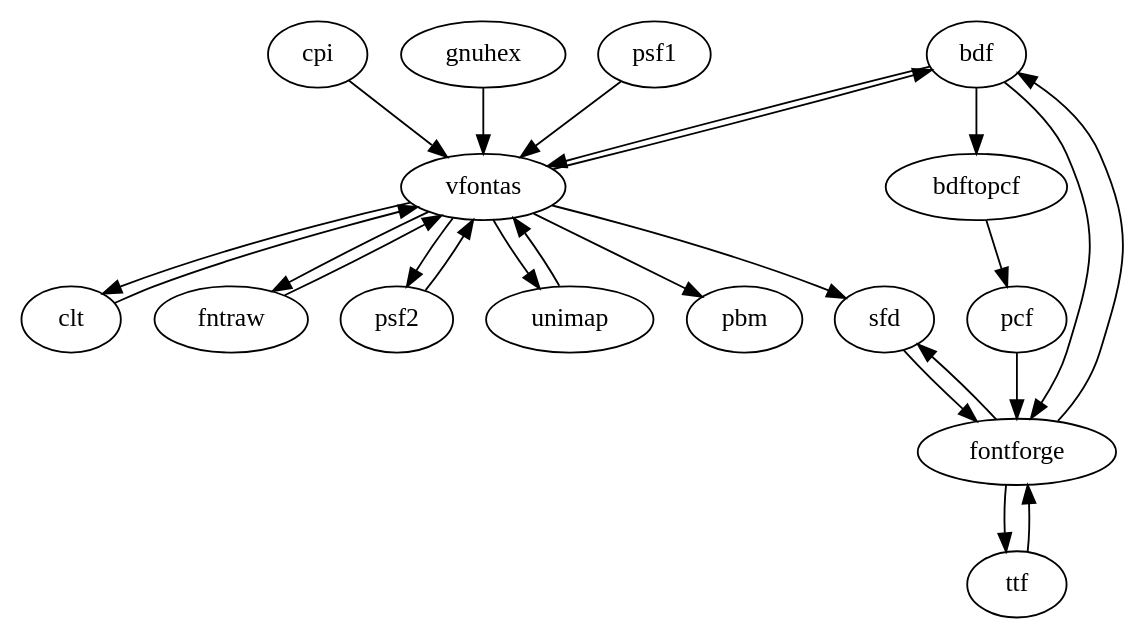
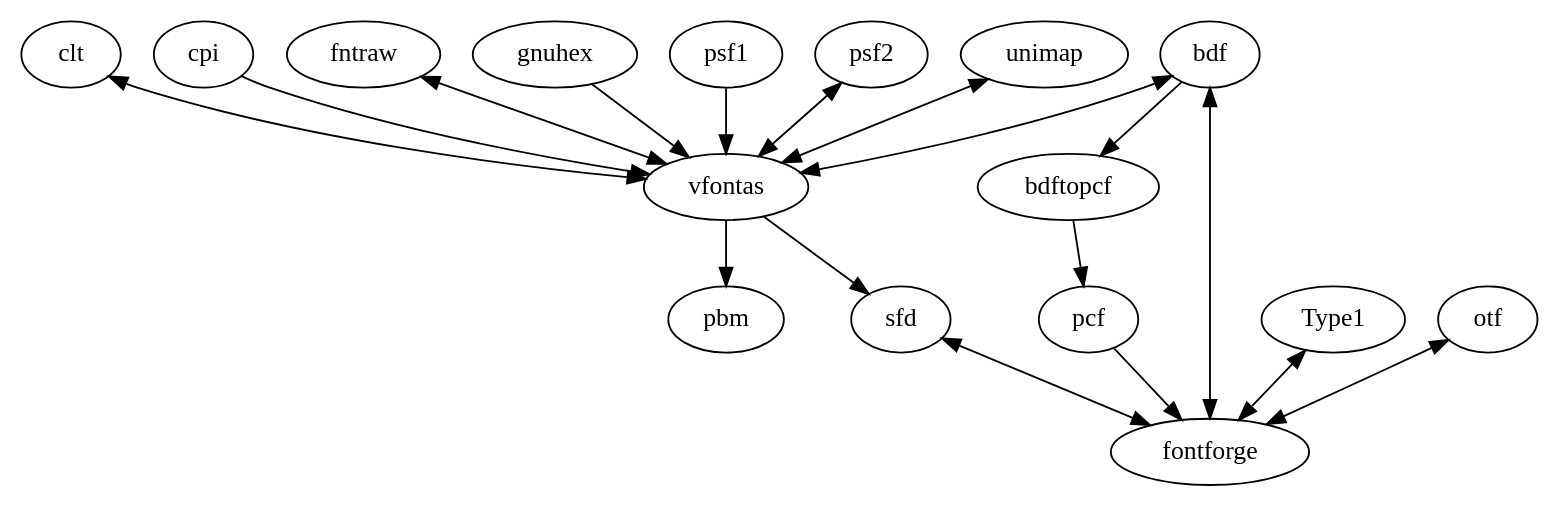
One commit to consoleet/consoleet-utils changed the diagram in doc/vfontas-formats.dot. Above: the diagram before and after it, drawn with Graphviz.

Commit message:
doc: use bidirectional edges for vfontas-formats

```diff
--- a/doc/vfontas-formats.dot
+++ b/doc/vfontas-formats.dot
@@ -1,26 +1,19 @@
 digraph {
-	bdf -> vfontas;
-	clt -> vfontas;
+	bdf -> vfontas [dir=both];
+	clt -> vfontas [dir=both];
 	cpi -> vfontas;
-	fntraw -> vfontas;
+	fntraw -> vfontas [dir=both];
 	gnuhex -> vfontas;
 	psf1 -> vfontas;
-	psf2 -> vfontas;
-	unimap -> vfontas;
-	vfontas -> bdf;
-	vfontas -> clt;
-	vfontas -> fntraw;
+	psf2 -> vfontas [dir=both];
+	unimap -> vfontas [dir=both];
 	vfontas -> pbm;
-	vfontas -> psf2;
 	vfontas -> sfd;
-	vfontas -> unimap;
 	bdf -> bdftopcf;
 	bdftopcf -> pcf;
-	bdf -> fontforge;
+	bdf -> fontforge [dir=both];
 	pcf -> fontforge;
-	sfd -> fontforge;
-	ttf -> fontforge;
-	fontforge -> bdf;
-	fontforge -> sfd;
-	fontforge -> ttf;
+	Type1 -> fontforge [dir=both];
+	sfd -> fontforge [dir=both];
+	otf -> fontforge [dir=both];
 }
```
